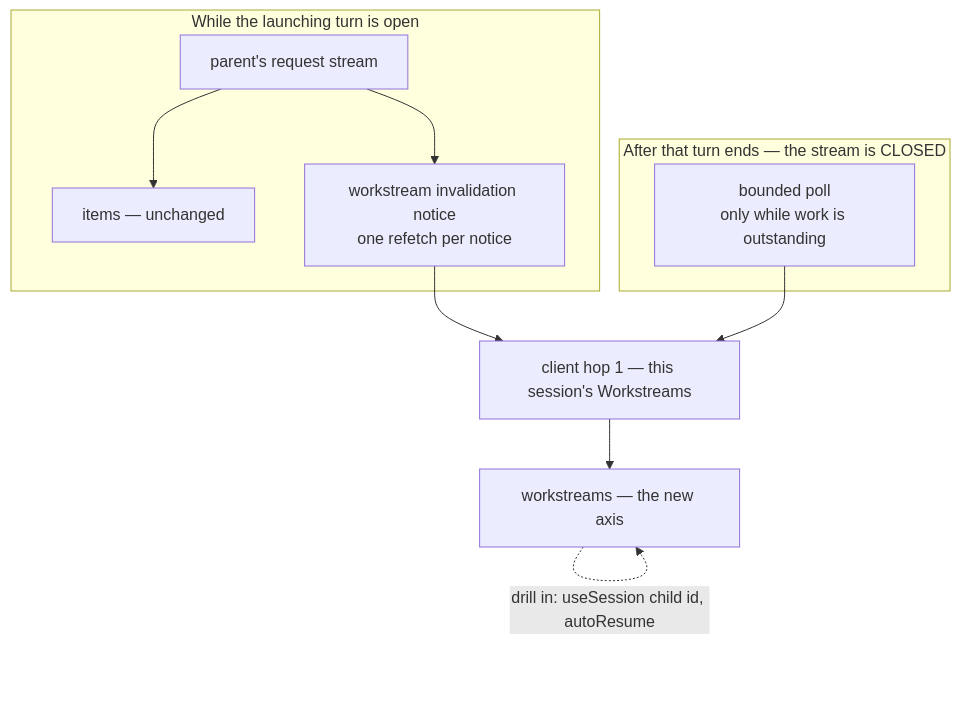
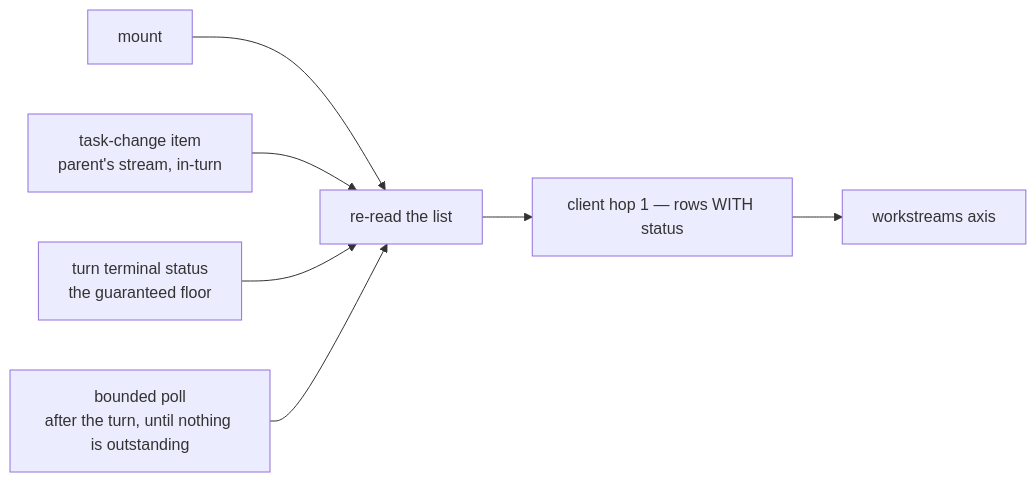
The diagram in spec/FIX-1012.md (fixpoint-labs/flow-state-dev), drawn with Mermaid before and after one commit. The commit also changed other lines of this file, not shown here.

````diff
--- a/spec/FIX-1012.md
+++ b/spec/FIX-1012.md
@@ -207,14 +207,9 @@
 ```mermaid
-flowchart TB
-  subgraph OPEN["While the launching turn is open"]
-    SSE["parent's request stream"] --> IT["items — unchanged"]
-    SSE --> NOTE["workstream invalidation notice<br/>one refetch per notice"]
-  end
-  subgraph AFTER["After that turn ends — the stream is CLOSED"]
-    POLL["bounded poll<br/>only while work is outstanding"]
-  end
-  NOTE --> H1["client hop 1 — this session's Workstreams"]
-  POLL --> H1
-  H1 --> WS["workstreams — the new axis"]
-  WS -.->|drill in: useSession child id, autoResume| WS
+flowchart LR
+  M[mount] --> RE[re-read the list]
+  TC["task-change item<br/>parent's stream, in-turn"] --> RE
+  TERM["turn terminal status<br/>the guaranteed floor"] --> RE
+  POLL["bounded poll<br/>after the turn, until nothing is outstanding"] --> RE
+  RE --> H1["client hop 1 — rows WITH status"]
+  H1 --> WS[workstreams axis]
 ```
````
